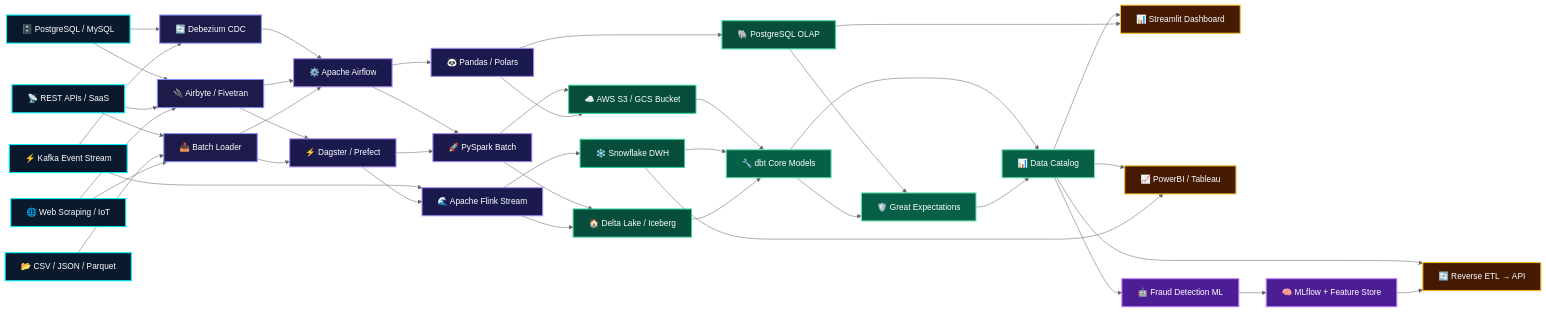
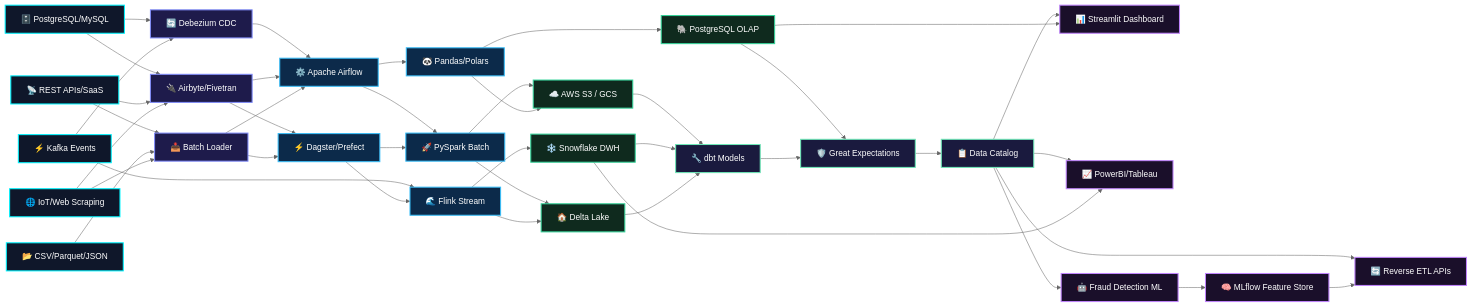
Before and after one commit to vn002-tech/vn002-tech: the diagram in README.md, drawn with Mermaid (neutral theme). The commit also changed other lines of this file, not shown here.

````diff
--- a/README.md
+++ b/README.md
@@ -104,87 +165,68 @@
 ```mermaid
 graph LR
-    classDef src fill:#0b192c,stroke:#00f5ff,stroke-width:2px,color:#fff
-    classDef ing fill:#1e1b4b,stroke:#818cf8,stroke-width:2px,color:#fff
-    classDef proc fill:#1a1a4e,stroke:#a78bfa,stroke-width:2px,color:#fff
-    classDef stor fill:#064e3b,stroke:#34d399,stroke-width:2px,color:#fff
-    classDef qual fill:#065f46,stroke:#6ee7b7,stroke-width:2px,color:#fff
-    classDef serv fill:#451a03,stroke:#fbbf24,stroke-width:2px,color:#fff
-    classDef ml   fill:#4c1d95,stroke:#c084fc,stroke-width:2px,color:#fff
+    classDef src  fill:#0f172a,stroke:#00f5ff,stroke-width:2px,color:#fff
+    classDef ing  fill:#1e1b4b,stroke:#818cf8,stroke-width:2px,color:#fff
+    classDef proc fill:#0c2a4a,stroke:#38bdf8,stroke-width:2px,color:#fff
+    classDef stor fill:#0f2a1e,stroke:#34d399,stroke-width:2px,color:#fff
+    classDef qual fill:#1a1a3e,stroke:#6ee7b7,stroke-width:2px,color:#fff
+    classDef serv fill:#1a0f2a,stroke:#c084fc,stroke-width:2px,color:#fff
 
-    A1["🗄️ PostgreSQL / MySQL"]:::src
-    A2["📡 REST APIs / SaaS"]:::src
-    A3["⚡ Kafka Event Stream"]:::src
-    A4["📂 CSV / JSON / Parquet"]:::src
-    A5["🌐 Web Scraping / IoT"]:::src
+    A1["🗄️ PostgreSQL/MySQL"]:::src
+    A2["📡 REST APIs/SaaS"]:::src
+    A3["⚡ Kafka Events"]:::src
+    A4["📂 CSV/Parquet/JSON"]:::src
+    A5["🌐 IoT/Web Scraping"]:::src
 
     B1["🔄 Debezium CDC"]:::ing
-    B2["🔌 Airbyte / Fivetran"]:::ing
+    B2["🔌 Airbyte/Fivetran"]:::ing
     B3["📥 Batch Loader"]:::ing
 
     C1["⚙️ Apache Airflow"]:::proc
-    C2["⚡ Dagster / Prefect"]:::proc
+    C2["⚡ Dagster/Prefect"]:::proc
+    D1["🚀 PySpark Batch"]:::proc
+    D2["🌊 Flink Stream"]:::proc
+    D3["🐼 Pandas/Polars"]:::proc
 
-    D1["🚀 PySpark Batch"]:::proc
-    D2["🌊 Apache Flink Stream"]:::proc
-    D3["🐼 Pandas / Polars"]:::proc
-
-    E1["☁️ AWS S3 / GCS Bucket"]:::stor
+    E1["☁️ AWS S3 / GCS"]:::stor
     E2["❄️ Snowflake DWH"]:::stor
-    E3["🏠 Delta Lake / Iceberg"]:::stor
+    E3["🏠 Delta Lake"]:::stor
     E4["🐘 PostgreSQL OLAP"]:::stor
 
-    F1["🔧 dbt Core Models"]:::qual
+    F1["🔧 dbt Models"]:::qual
     F2["🛡️ Great Expectations"]:::qual
-    F3["📊 Data Catalog"]:::qual
+    F3["📋 Data Catalog"]:::qual
 
     G1["📊 Streamlit Dashboard"]:::serv
-    G2["📈 PowerBI / Tableau"]:::serv
-    G3["🤖 Fraud Detection ML"]:::ml
-    G4["🧠 MLflow + Feature Store"]:::ml
-    G5["🔄 Reverse ETL → API"]:::serv
+    G2["📈 PowerBI/Tableau"]:::serv
+    G3["🤖 Fraud Detection ML"]:::serv
+    G4["🧠 MLflow Feature Store"]:::serv
+    G5["🔄 Reverse ETL APIs"]:::serv
 
-    A1 --> B1
-    A1 --> B2
-    A2 --> B2
-    A2 --> B3
-    A3 --> B1
-    A3 --> D2
-    A4 --> B3
-    A5 --> B2
-    A5 --> B3
+    A1-->B1 & B2
+    A2-->B2 & B3
+    A3-->B1 & D2
+    A4-->B3
+    A5-->B2 & B3
 
-    B1 --> C1
-    B2 --> C1
-    B2 --> C2
-    B3 --> C1
-    B3 --> C2
+    B1-->C1
+    B2-->C1 & C2
+    B3-->C1 & C2
 
-    C1 --> D1
-    C1 --> D3
-    C2 --> D1
-    C2 --> D2
+    C1-->D1 & D3
+    C2-->D1 & D2
 
-    D1 --> E1
-    D1 --> E3
-    D2 --> E2
-    D2 --> E3
-    D3 --> E4
-    D3 --> E1
+    D1-->E1 & E3
+    D2-->E2 & E3
+    D3-->E1 & E4
 
-    E1 --> F1
-    E2 --> F1
-    E3 --> F1
-    E4 --> F2
-    F1 --> F2
-    F1 --> F3
-    F2 --> F3
+    E1-->F1
+    E2-->F1
+    E3-->F1
+    E4-->F2
+    F1-->F2-->F3
 
-    F3 --> G1
-    F3 --> G2
-    F3 --> G3
-    F3 --> G5
-    G3 --> G4
-    G4 --> G5
-    E2 --> G2
-    E4 --> G1
+    F3-->G1 & G2 & G3 & G5
+    G3-->G4-->G5
+    E2-->G2
+    E4-->G1
 ```
````
